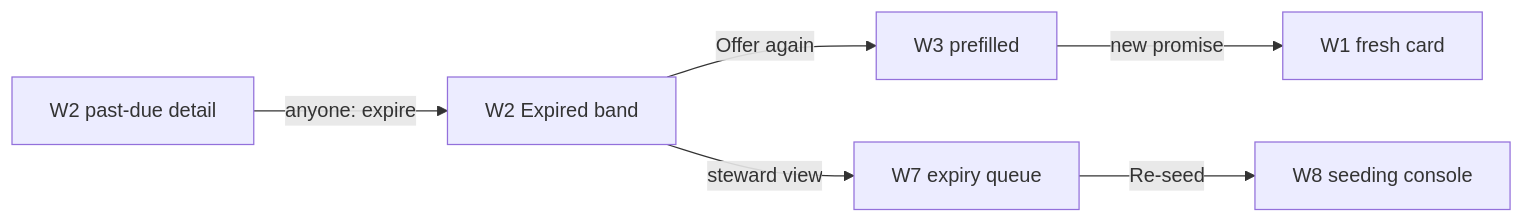
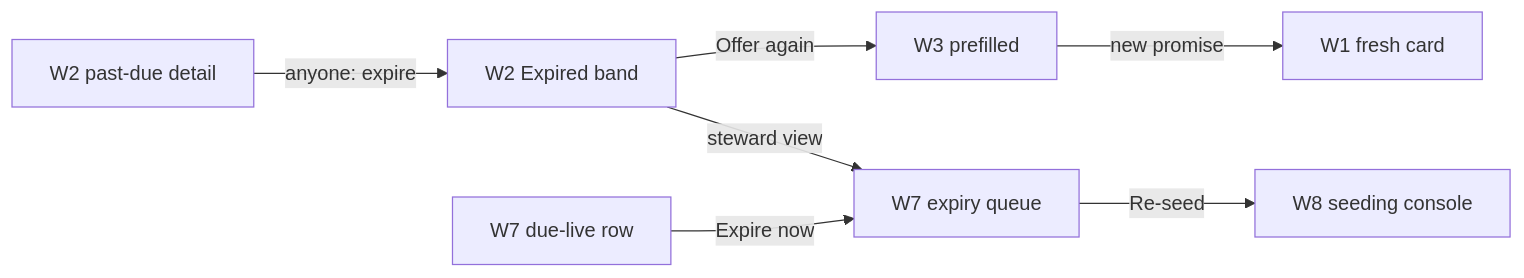
The sixth of 17 diagrams in .plans/active/commitment-pooling/prototypes.md (greenpill-dev-guild/green-goods), drawn with Mermaid before and after one commit. The commit also changed other lines of this file and 17 other files, not shown here.

First line of the commit message:
fix(agent): close expiry and replay architecture gaps

````diff
--- a/.plans/active/commitment-pooling/prototypes.md
+++ b/.plans/active/commitment-pooling/prototypes.md
@@ -320,8 +321,9 @@
 ```mermaid
 flowchart LR
   A["W2 past-due detail"] -->|"anyone: expire"| B["W2 Expired band"]
   B -->|"Offer again"| C["W3 prefilled"]
   C -->|"new promise"| D["W1 fresh card"]
-  B -->|"steward view"| E["W7 expiry queue"]
+  G["W7 due-live row"] -->|"Expire now"| E["W7 expiry queue"]
+  B -->|"steward view"| E
   E -->|"Re-seed"| F["W8 seeding console"]
 ```
````
